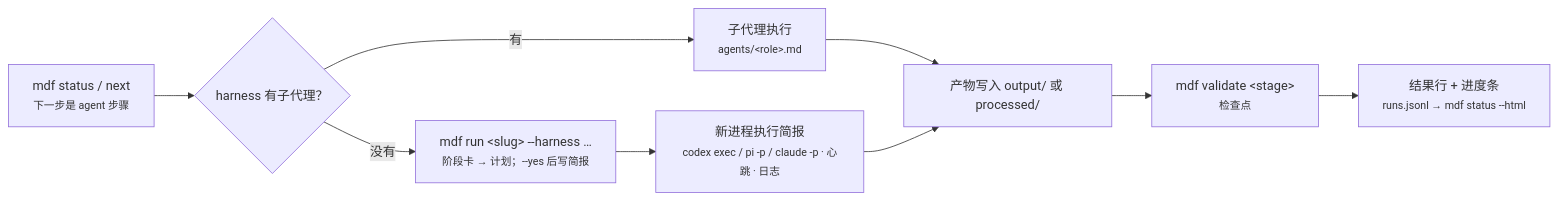
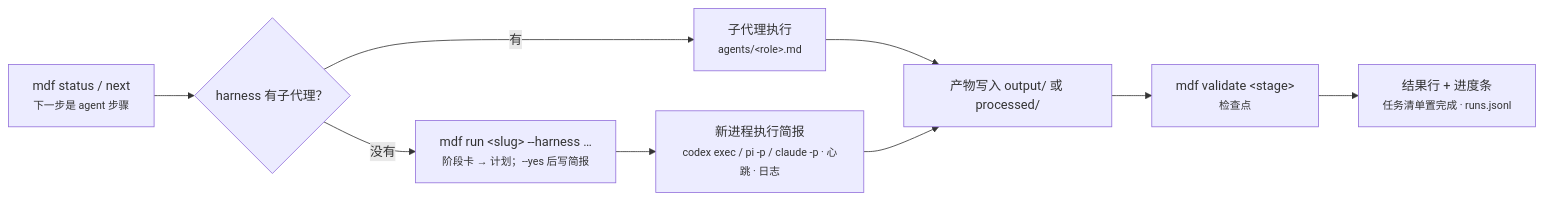
The fourth of 6 diagrams in docs/architecture.md (20240610ldx-hub/Mind-Distill-Factory), drawn with Mermaid before and after one commit. The commit also changed other lines of this file and 6 other files, not shown here.

````diff
--- a/docs/architecture.md
+++ b/docs/architecture.md
@@ -176,11 +177,11 @@
 ```mermaid
 flowchart LR
     N["mdf status / next<br/><small>下一步是 agent 步骤</small>"] --> Q{"harness 有子代理？"}
     Q -- 有 --> SA["子代理执行<br/><small>agents/&lt;role&gt;.md</small>"]
     Q -- 没有 --> B["mdf run &lt;slug&gt; --harness …<br/><small>阶段卡 → 计划；--yes 后写简报</small>"]
     B --> P["新进程执行简报<br/><small>codex exec / pi -p / claude -p · 心跳 · 日志</small>"]
     SA --> F["产物写入 output/ 或 processed/"]
     P --> F
     F --> V["mdf validate &lt;stage&gt;<br/><small>检查点</small>"]
-    V --> R["结果行 + 进度条<br/><small>runs.jsonl → mdf status --html</small>"]
+    V --> R["结果行 + 进度条<br/><small>任务清单置完成 · runs.jsonl</small>"]
 ```
````
